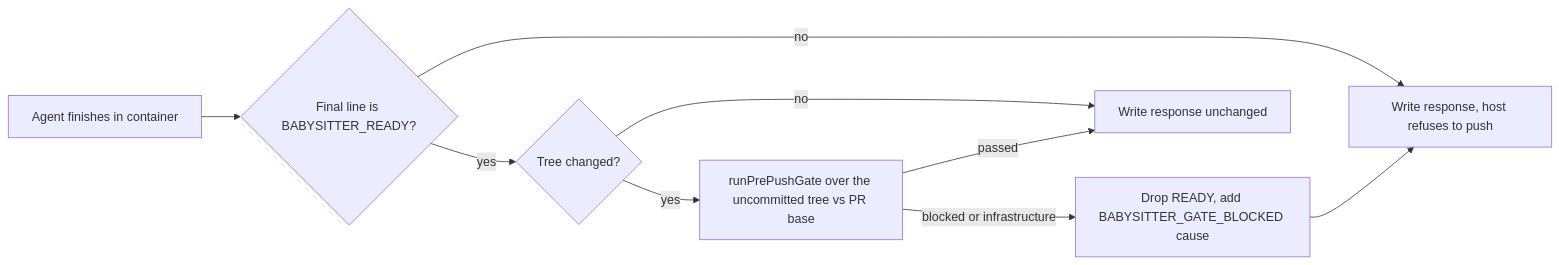
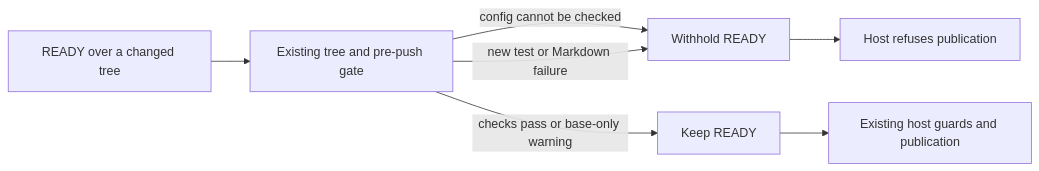
One commit to stSoftwareAU/VibeCoder changed the diagram in docs/archive/pr-summaries/pr-summary-4930.md. Above: the diagram before and after it, drawn with Mermaid. The commit also changed other lines of this file and 9 other files, not shown here.

First line of the commit message:
Shift left: fleet PRs keep failing CI on `deno test, markdownlint` that a local gate could catch (Issue #4930) (#5117)

````diff
--- a/docs/archive/pr-summaries/pr-summary-4930.md
+++ b/docs/archive/pr-summaries/pr-summary-4930.md
@@ -29,11 +81,9 @@
 ```mermaid
 flowchart LR
-    A[Agent finishes in container] --> R{Final line is BABYSITTER_READY?}
-    R -- no --> W[Write response, host refuses to push]
-    R -- yes --> D{Tree changed?}
-    D -- no --> P[Write response unchanged]
-    D -- yes --> G[runPrePushGate over the uncommitted tree vs PR base]
-    G -- passed --> P
-    G -- blocked or infrastructure --> X[Drop READY, add BABYSITTER_GATE_BLOCKED cause]
-    X --> W
+    A[READY over a changed tree] --> G[Existing tree and pre-push gate]
+    G -->|config cannot be checked| B[Withhold READY]
+    G -->|new test or Markdown failure| B
+    G -->|checks pass or base-only warning| R[Keep READY]
+    B --> H[Host refuses publication]
+    R --> P[Existing host guards and publication]
 ```
````
